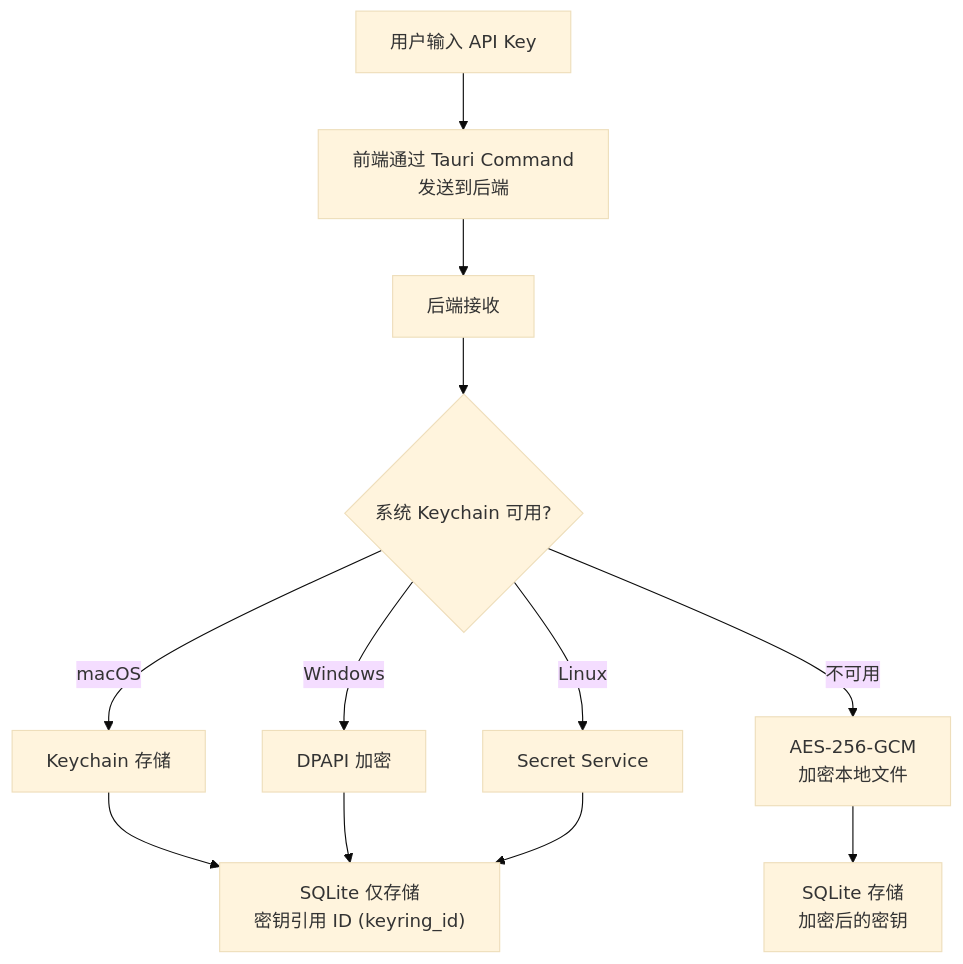
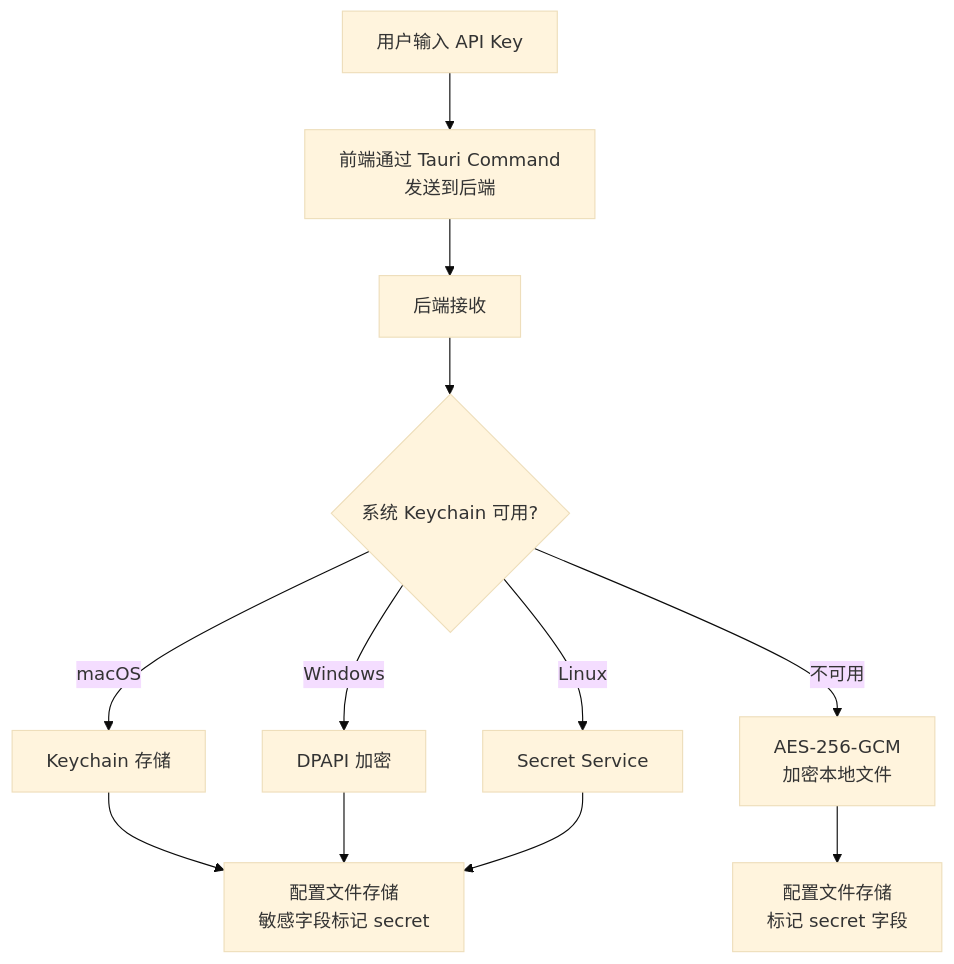
One commit to coutcin-xw/Transight changed the fifth of 5 diagrams in docs/system-design.md. Above: the diagram before and after it, drawn with Mermaid (base theme). The commit also changed other lines of this file and 1 other file, not shown here.

First line of the commit message:
docs: 清理过时内容 — 移除 SQLite 引用, 更新配置模型, 统一适配器列表

````diff
--- a/docs/system-design.md
+++ b/docs/system-design.md
@@ -482,14 +472,14 @@
 ```mermaid
 graph TB
     A["用户输入 API Key"] --> B["前端通过 Tauri Command<br/>发送到后端"]
     B --> C["后端接收"]
     C --> D{"系统 Keychain 可用?"}
     D -->|"macOS"| E1["Keychain 存储"]
     D -->|"Windows"| E2["DPAPI 加密"]
     D -->|"Linux"| E3["Secret Service"]
     D -->|"不可用"| F["AES-256-GCM<br/>加密本地文件"]
-    E1 --> G["SQLite 仅存储<br/>密钥引用 ID (keyring_id)"]
+    E1 --> G["配置文件存储<br/>敏感字段标记 secret"]
     E2 --> G
     E3 --> G
-    F --> H["SQLite 存储<br/>加密后的密钥"]
+    F --> H["配置文件存储<br/>标记 secret 字段"]
 ```
````
